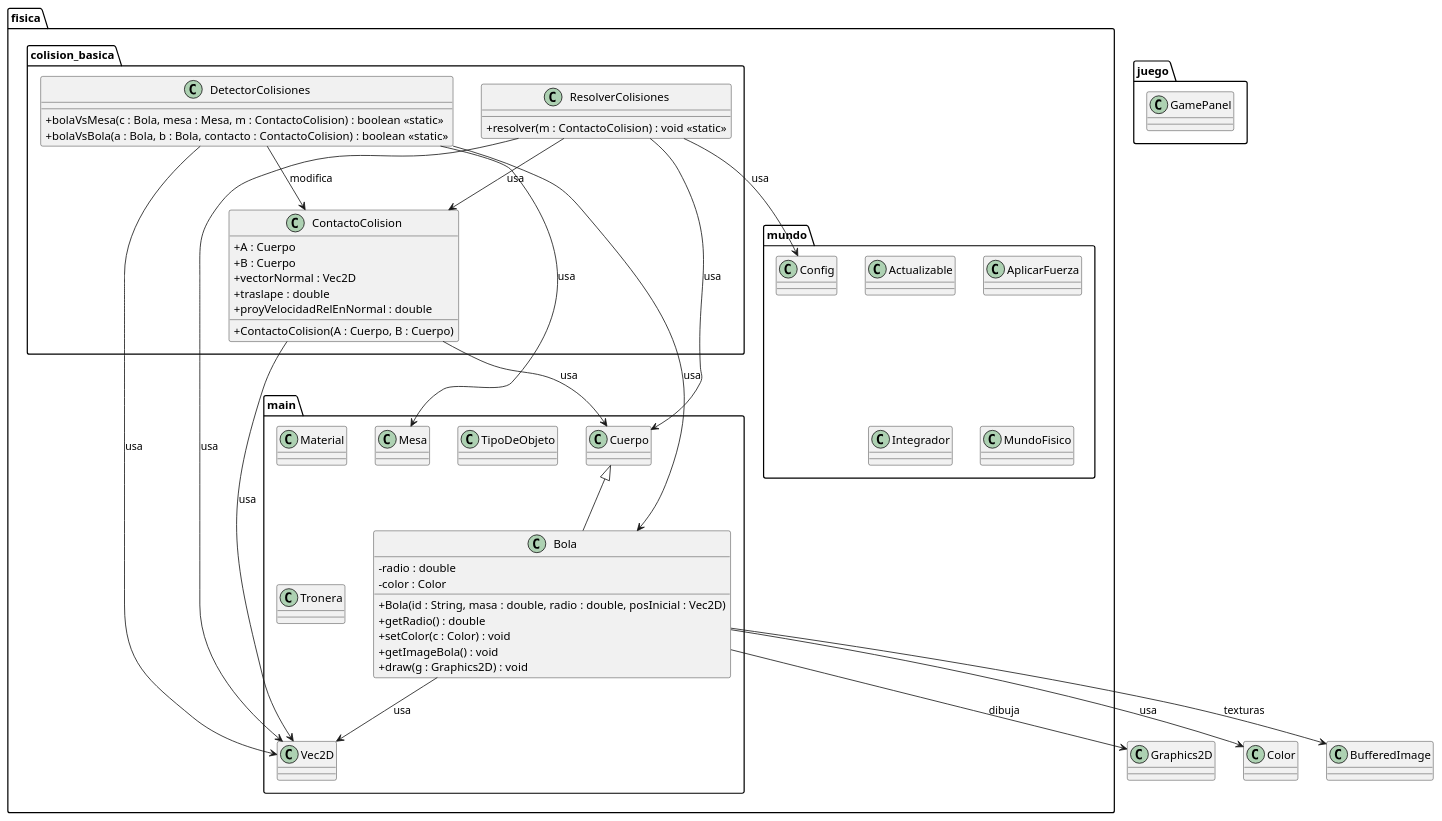
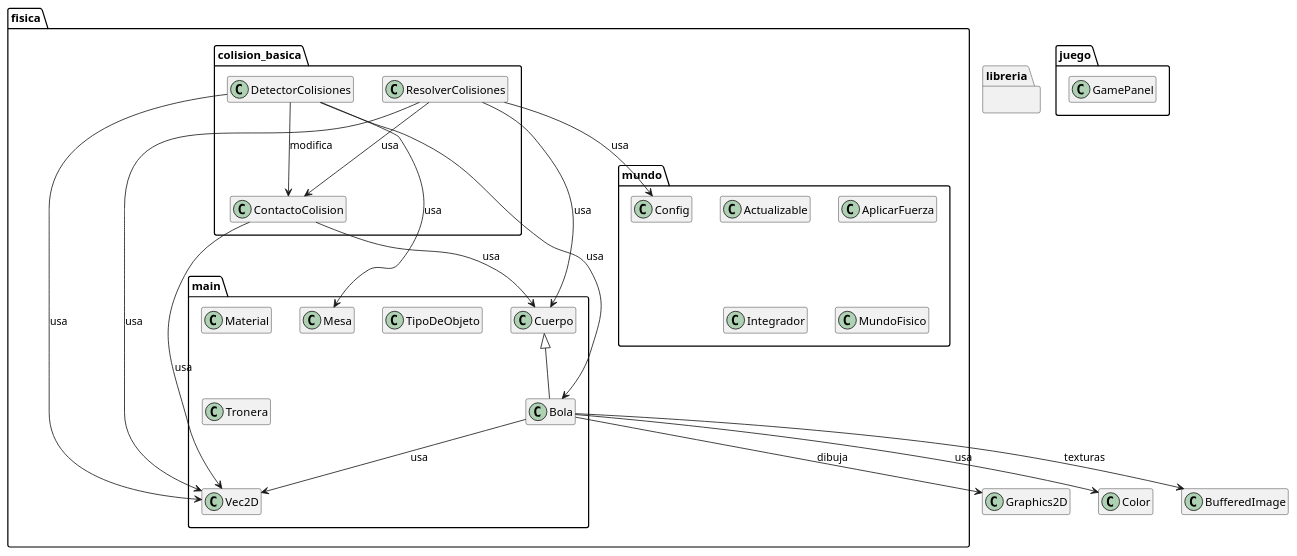
The diagram in ProyectoFinalPOO/diagrama.puml (andresjuar/ProyectoFinalPooOto-o2025), drawn with PlantUML before and after one commit. The commit also changed 70 other files, not shown here.

```diff
--- a/ProyectoFinalPOO/diagrama.puml
+++ b/ProyectoFinalPOO/diagrama.puml
@@ -1,99 +1,100 @@
 @startuml Proyecto_POO
 skinparam classAttributeIconSize 0
-
-
+hide fields
+hide members
+package libreria{}
 package fisica {
     package colision_basica{
         class ContactoColision {
             + A : Cuerpo
             + B : Cuerpo
             + vectorNormal : Vec2D
             + traslape : double
             + proyVelocidadRelEnNormal : double
             + ContactoColision(A : Cuerpo, B : Cuerpo)
         }
         class DetectorColisiones{
             + bolaVsMesa(c : Bola, mesa : Mesa, m : ContactoColision) : boolean <<static>>
             + bolaVsBola(a : Bola, b : Bola, contacto : ContactoColision) : boolean <<static>>
         }
         class ResolverColisiones {
 
             + resolver(m : ContactoColision) : void <<static>>
         }
     }
     package main {
         class Bola {
             - radio : double
             - color : Color
             /' - uno : BufferedImage
             - dos : BufferedImage
             - tres : BufferedImage
             - cuatro : BufferedImage
             - cinco : BufferedImage
             - seis : BufferedImage
             - siete : BufferedImage
             - ocho : BufferedImage
             - nueve : BufferedImage
             - diez : BufferedImage
             - once : BufferedImage
             - doce : BufferedImage
             - trece : BufferedImage
             - catorce : BufferedImage
             - quince : BufferedImage
             - blanca : BufferedImage '/
 
             + Bola(id : String, masa : double, radio : double, posInicial : Vec2D)
             + getRadio() : double
             + setColor(c : Color) : void
             + getImageBola() : void
             + draw(g : Graphics2D) : void
         }
 
         class Cuerpo{}
         class Material{}
         class Mesa{}
         class TipoDeObjeto{}
         class Tronera{}
         class Vec2D{}
     }
 
     package mundo {
         class Actualizable{}
         class AplicarFuerza{}
         class Config{}
         class Integrador{}
         class MundoFisico{}
     }
 }
 
 package juego {
     class GamePanel {
 
     }
 
 
 }
 
 ' Herencia
 Cuerpo <|-- Bola
 
 ' Relaciones con otras clases
 Bola --> Vec2D : usa
 Bola --> Color : usa
 Bola --> BufferedImage : texturas
 Bola --> Graphics2D : dibuja
 
 ContactoColision --> Cuerpo : usa
 ContactoColision --> Vec2D : usa
 
 DetectorColisiones --> Bola : usa
 DetectorColisiones --> Mesa : usa
 DetectorColisiones --> ContactoColision : modifica
 DetectorColisiones --> Vec2D : usa
 
 ResolverColisiones --> ContactoColision : usa
 ResolverColisiones --> Cuerpo : usa
 ResolverColisiones --> Vec2D : usa
 ResolverColisiones --> Config : usa
 
 @enduml
```
